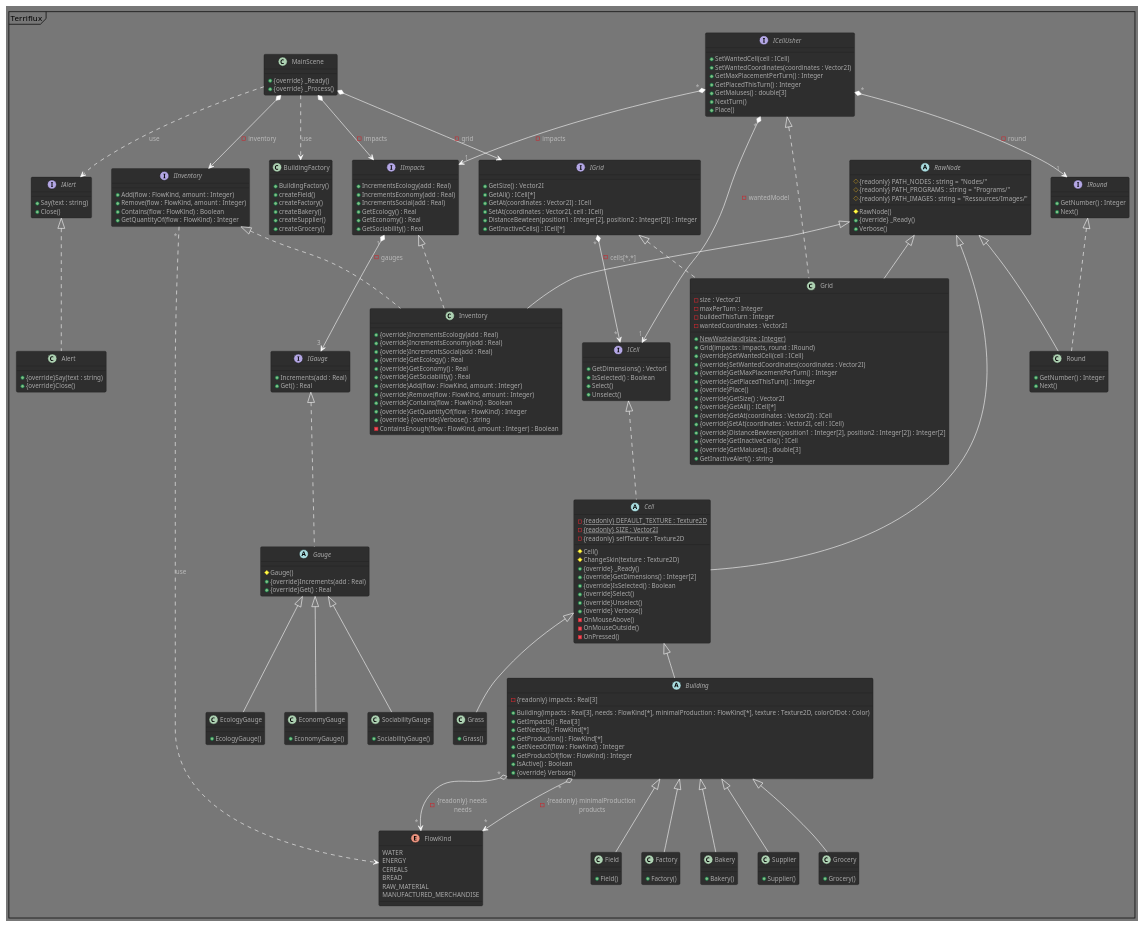
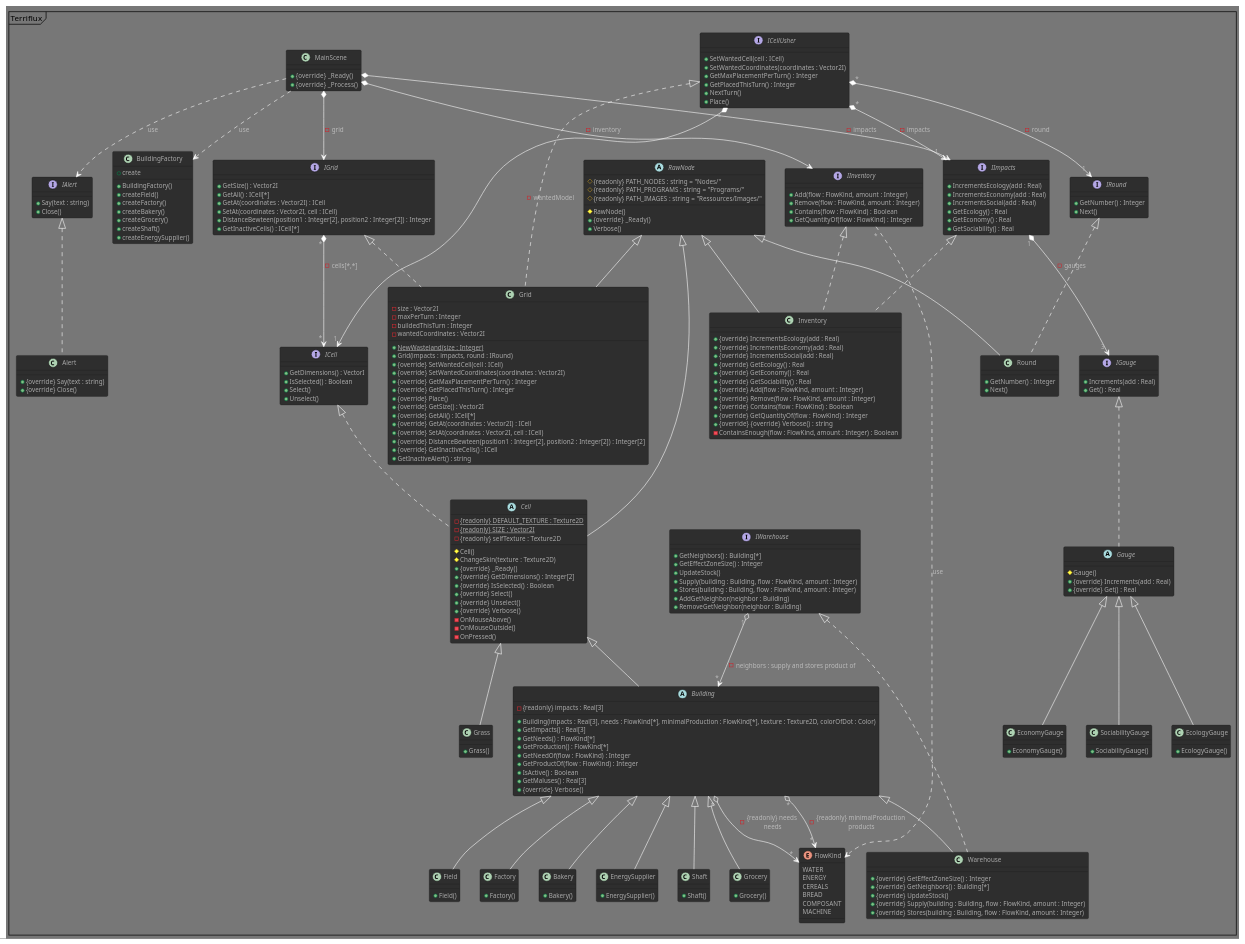
Before and after one commit to Spidermatou/Terriflux: the diagram in Terriflux.puml, drawn with PlantUML.

Commit message:
Add Warehouse uml

```diff
--- a/Terriflux.puml
+++ b/Terriflux.puml
@@ -6,8 +6,8 @@
 /' MAIN SCENE '/
 class MainScene 
 {
-    + {override} _Ready()
-    + {override} _Process()
+    + {override}  _Ready()
+    + {override}  _Process()
 }
 MainScene *--> IImpacts : - impacts
 MainScene *--> IGrid : - grid
@@ -23,7 +23,7 @@
     # {readonly} PATH_PROGRAMS : string = "Programs/"
     # {readonly} PATH_IMAGES : string = "Ressources/Images/"
     # RawNode() /' this.Name = this.getClass().ToString() '/ 
-    + {override} _Ready()
+    + {override}  _Ready()
     + Verbose()
 }
 
@@ -42,12 +42,12 @@
     - {readonly} selfTexture : Texture2D
     # Cell()
     # ChangeSkin(texture : Texture2D)
-    + {override} _Ready() /' ChangeSkin() '/
-    + {override}GetDimensions() : Integer[2] 
-    + {override}IsSelected() : Boolean
-    + {override}Select()
-    + {override}Unselect() 
-    + {override} Verbose()
+    + {override}  _Ready() /' ChangeSkin() '/
+    + {override} GetDimensions() : Integer[2] 
+    + {override} IsSelected() : Boolean
+    + {override} Select()
+    + {override} Unselect() 
+    + {override}  Verbose()
     - OnMouseAbove()
     - OnMouseOutside()
     - OnPressed()
@@ -66,7 +66,8 @@
     + GetNeedOf(flow : FlowKind) : Integer
     + GetProductOf(flow : FlowKind) : Integer        /' minimal product '/
     + IsActive() : Boolean /' will produce sth this turn '/
-    + {override} Verbose()
+    + GetMaluses() : Real[3]
+    + {override}  Verbose()
 }
 /' needs & minimalProduction = (FlowKind, Integer)[*] '/
 Building" * " o--> " * "FlowKind : - {readonly} needs \n needs      
@@ -77,8 +78,35 @@
     ENERGY
     CEREALS
     BREAD
-    RAW_MATERIAL
-    MANUFACTURED_MERCHANDISE
+    COMPOSANT
+    MACHINE
+}
+interface IWarehouse 
+{
+    /' Recuperer tt les batiments dans sa zone d'effet '/
+    + GetNeighbors() : Building[*] 
+    + GetEffectZoneSize() : Integer 
+    /' 
+        foreach building dans sa zone d'effet :
+            Supply()
+            Stores() si a fourni assez de ressource precedement
+    '/ 
+    + UpdateStock() 
+    + Supply(building : Building, flow : FlowKind, amount : Integer)
+    + Stores(building : Building, flow : FlowKind, amount : Integer)
+    /' Gestion des voisins '/
+    + AddGetNeighbor(neighbor : Building)
+    + RemoveGetNeighbor(neighbor : Building)    /' quand bat supprime de la map, on essaie de l'enlever dasn tt les entrpot '/
+
+}
+IWarehouse" 1 " o--> " * "Building : - neighbors : supply and stores product of
+class Warehouse extends Building implements IWarehouse
+{
+    + {override} GetEffectZoneSize() : Integer 
+    + {override} GetNeighbors() : Building[*] 
+    + {override} UpdateStock() 
+    + {override} Supply(building : Building, flow : FlowKind, amount : Integer)
+    + {override} Stores(building : Building, flow : FlowKind, amount : Integer)
 }
 class Field extends Building
 {
@@ -92,9 +120,13 @@
 {
     + Bakery()      /' 3.0, -1.0, -4.0 ; WATER,2, ENERGY,1, CEREALS,2 ; BREAD,3 ; #Ceb851 '/
 }
-class Supplier extends Building
+class EnergySupplier extends Building
 {
-    + Supplier()        /' 2.5, -2.0, -5.0 ; ; WATER,5, ENERGY,6 ; #51ce60 '/
+    + EnergySupplier()        /' 2.5, -2.0, -5.0 ; ; ENERGY,6 ; #51ce60 '/
+}
+class Shaft extends Building    /' Puit --- 2.5, -2.0, -5.0 ; ; WATER,6 ; blue '/
+{
+    + Shaft()
 }
 class Grocery extends Building
 {
@@ -106,8 +138,10 @@
     + createField()
     + createFactory()
     + createBakery()
-    + createSupplier()
     + createGrocery()
+    + createShaft()
+    + createEnergySupplier() 
+    + create
 }
 
 /' ROUNDS '/
@@ -141,9 +175,13 @@
     + SetWantedCoordinates(coordinates : Vector2I)
     + GetMaxPlacementPerTurn() : Integer
     + GetPlacedThisTurn() : Integer
-    + GetMaluses() : double[3] 
     + NextTurn()
-    + Place()   /' Confirm the placement - old StartPlacement() '/
+    /' 
+        Confirm the placement - old StartPlacement() 
+        Si c'est un bat : l'ajout à l'entrepot le plus proche s'il est dans sa zone
+        Si c'est un entrepot : recherche des bats dans sa zone et ajout  
+    '/
+    + Place()   
 }
 ICellUsher" * " *--> " 1 "ICell : - wantedModel 
 ICellUsher" * " *--> " 1 "IImpacts : - impacts 
@@ -156,18 +194,17 @@
     - wantedCoordinates : Vector2I
     + {static} NewWasteland(size : Integer)
     + Grid(impacts : impacts, round : IRound)
-    + {override}SetWantedCell(cell : ICell)
-    + {override}SetWantedCoordinates(coordinates : Vector2I)
-    + {override}GetMaxPlacementPerTurn() : Integer
-    + {override}GetPlacedThisTurn() : Integer
-    + {override}Place()
-    + {override}GetSize() : Vector2I
-    + {override}GetAll() : ICell[*]       
-    + {override}GetAt(coordinates : Vector2I) : ICell
-    + {override}SetAt(coordinates : Vector2I, cell : ICell)
-    + {override}DistanceBewteen(position1 : Integer[2], position2 : Integer[2]) : Integer[2]
-    + {override}GetInactiveCells() : ICell      
-    + {override}GetMaluses() : double[3]      
+    + {override} SetWantedCell(cell : ICell)
+    + {override} SetWantedCoordinates(coordinates : Vector2I)
+    + {override} GetMaxPlacementPerTurn() : Integer
+    + {override} GetPlacedThisTurn() : Integer
+    + {override} Place()
+    + {override} GetSize() : Vector2I
+    + {override} GetAll() : ICell[*]       
+    + {override} GetAt(coordinates : Vector2I) : ICell
+    + {override} SetAt(coordinates : Vector2I, cell : ICell)
+    + {override} DistanceBewteen(position1 : Integer[2], position2 : Integer[2]) : Integer[2]
+    + {override} GetInactiveCells() : ICell      
     + GetInactiveAlert() : string
 }
 
@@ -180,8 +217,8 @@
 abstract Gauge implements IGauge
 {
     # Gauge()
-    + {override}Increments(add : Real)
-    + {override}Get() : Real
+    + {override} Increments(add : Real)
+    + {override} Get() : Real
 }
 class EcologyGauge extends Gauge
 {
@@ -215,17 +252,17 @@
 IInventory" * " ..> FlowKind : use
 class Inventory extends RawNode implements IImpacts, IInventory /' ancien node Impact avec acces inventaire ET jauges, mais renommé '/
 {   
-    + {override}IncrementsEcology(add : Real)
-    + {override}IncrementsEconomy(add : Real)
-    + {override}IncrementsSocial(add : Real)
-    + {override}GetEcology() : Real
-    + {override}GetEconomy() : Real
-    + {override}GetSociability() : Real
-    + {override}Add(flow : FlowKind, amount : Integer)
-    + {override}Remove(flow : FlowKind, amount : Integer)
-    + {override}Contains(flow : FlowKind) : Boolean
-    + {override}GetQuantityOf(flow : FlowKind) : Integer
-    + {override} {override}Verbose() : string
+    + {override} IncrementsEcology(add : Real)
+    + {override} IncrementsEconomy(add : Real)
+    + {override} IncrementsSocial(add : Real)
+    + {override} GetEcology() : Real
+    + {override} GetEconomy() : Real
+    + {override} GetSociability() : Real
+    + {override} Add(flow : FlowKind, amount : Integer)
+    + {override} Remove(flow : FlowKind, amount : Integer)
+    + {override} Contains(flow : FlowKind) : Boolean
+    + {override} GetQuantityOf(flow : FlowKind) : Integer
+    + {override}  {override} Verbose() : string
     - ContainsEnough(flow : FlowKind, amount : Integer) : Boolean
 }
 
@@ -237,8 +274,8 @@
 }
 class Alert implements IAlert
 {
-    + {override}Say(text : string)
-    + {override}Close()
+    + {override} Say(text : string)
+    + {override} Close()
 }
 
 @enduml
```
